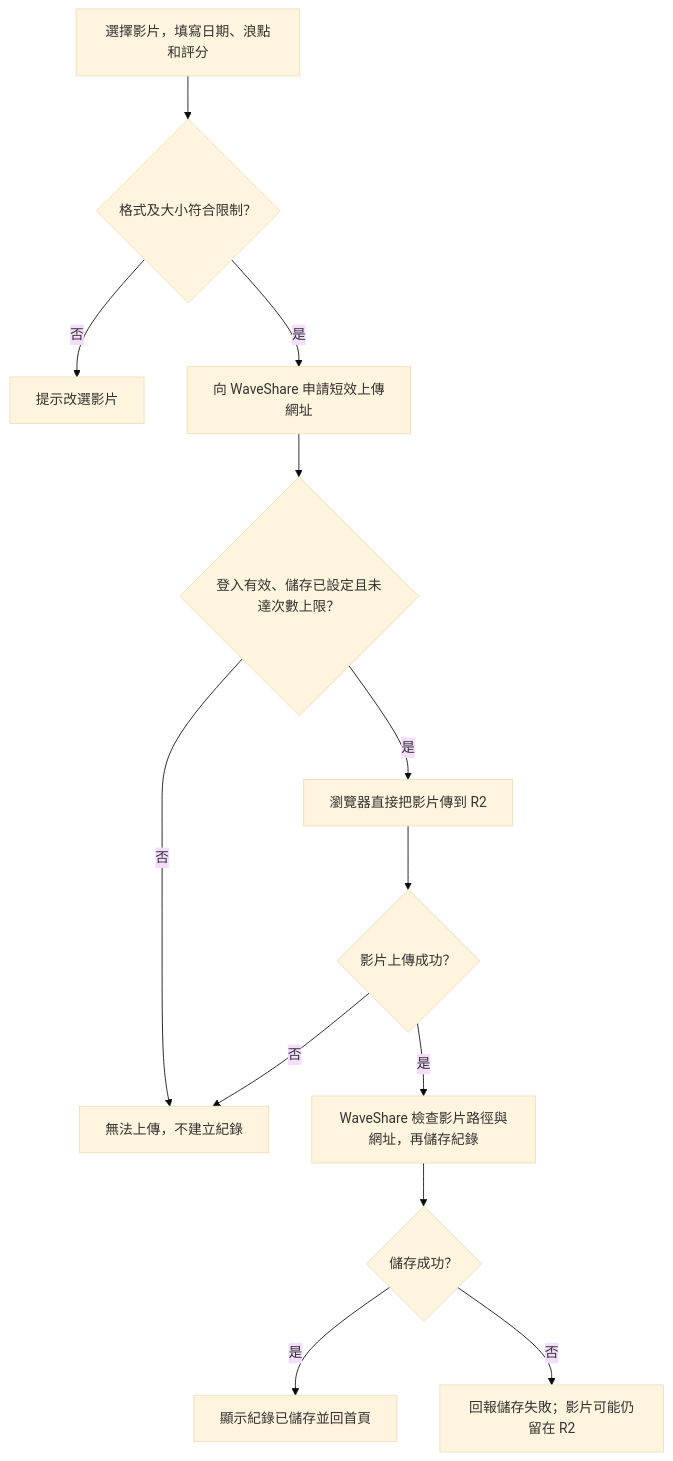
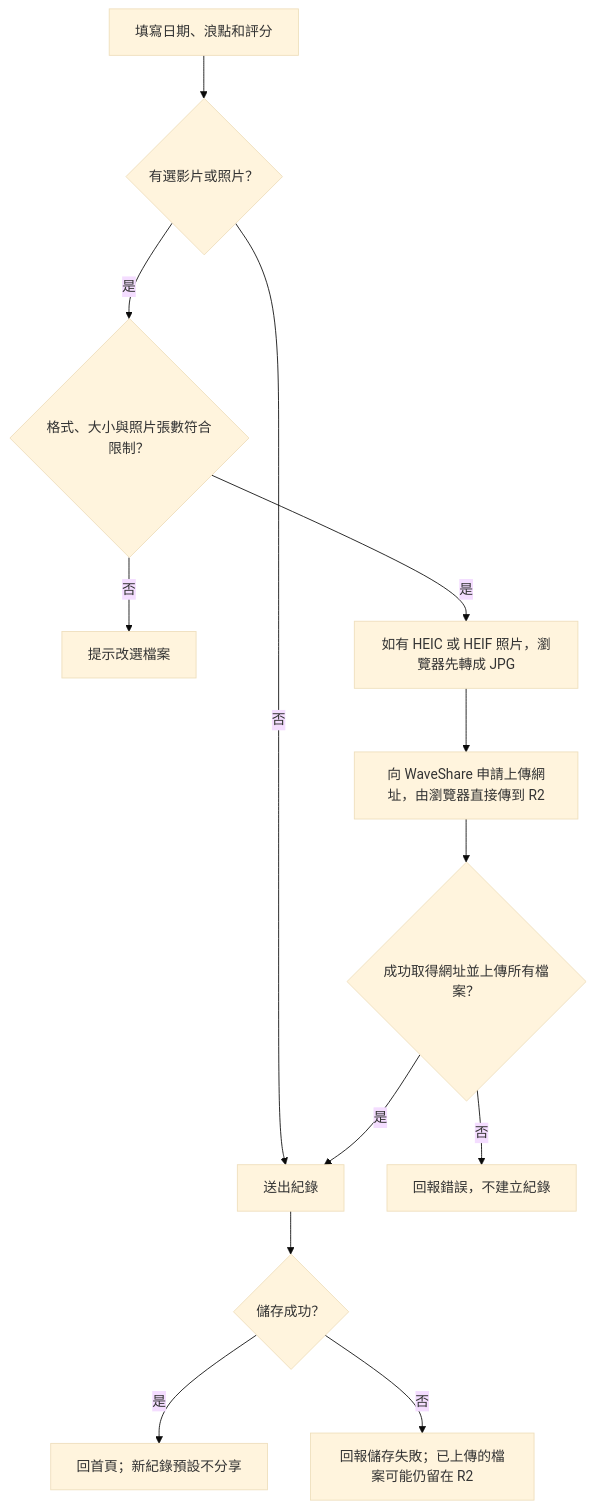
The second of 6 diagrams in docs/flows.md (ChristingChang/waveshare), drawn with Mermaid (base theme) before and after one commit. The commit also changed other lines of this file and 6 other files, not shown here.

````diff
--- a/docs/flows.md
+++ b/docs/flows.md
@@ -26,15 +26,15 @@
 ```mermaid
 flowchart TD
-    A["選擇影片，填寫日期、浪點和評分"] --> B{"格式及大小符合限制？"}
-    B -->|否| C["提示改選影片"]
-    B -->|是| D["向 WaveShare 申請短效上傳網址"]
-    D --> E{"登入有效、儲存已設定且未達次數上限？"}
-    E -->|否| F["無法上傳，不建立紀錄"]
-    E -->|是| G["瀏覽器直接把影片傳到 R2"]
-    G --> H{"影片上傳成功？"}
-    H -->|否| F
-    H -->|是| I["WaveShare 檢查影片路徑與網址，再儲存紀錄"]
+    A["填寫日期、浪點和評分"] --> B{"有選影片或照片？"}
+    B -->|否| I["送出紀錄"]
+    B -->|是| C{"格式、大小與照片張數符合限制？"}
+    C -->|否| D["提示改選檔案"]
+    C -->|是| E["如有 HEIC 或 HEIF 照片，瀏覽器先轉成 JPG"]
+    E --> G["向 WaveShare 申請上傳網址，由瀏覽器直接傳到 R2"]
+    G --> H{"成功取得網址並上傳所有檔案？"}
+    H -->|否| F["回報錯誤，不建立紀錄"]
+    H -->|是| I
     I --> J{"儲存成功？"}
-    J -->|是| K["顯示紀錄已儲存並回首頁"]
-    J -->|否| L["回報儲存失敗；影片可能仍留在 R2"]
+    J -->|是| K["回首頁；新紀錄預設不分享"]
+    J -->|否| L["回報儲存失敗；已上傳的檔案可能仍留在 R2"]
 ```
````
